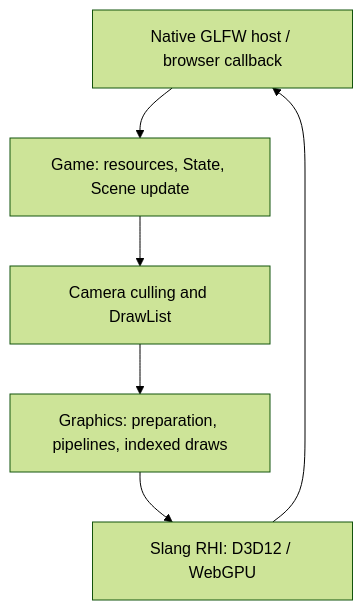
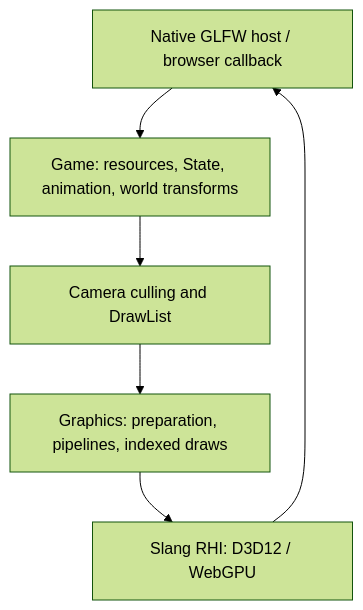
The diagram in docs/architecture.md (chriscummings100/ofg), drawn with Mermaid (forest theme) before and after one commit. The commit also changed other lines of this file and 62 other files, not shown here.

````diff
--- a/docs/architecture.md
+++ b/docs/architecture.md
@@ -7,8 +7,8 @@
 ```mermaid
 flowchart TD
-    Host[Native GLFW host / browser callback] --> Game[Game: resources, State, Scene update]
+    Host[Native GLFW host / browser callback] --> Game[Game: resources, State, animation, world transforms]
     Game --> Extract[Camera culling and DrawList]
     Extract --> Graphics[Graphics: preparation, pipelines, indexed draws]
     Graphics --> RHI[Slang RHI: D3D12 / WebGPU]
     RHI --> Host
 ```
````
